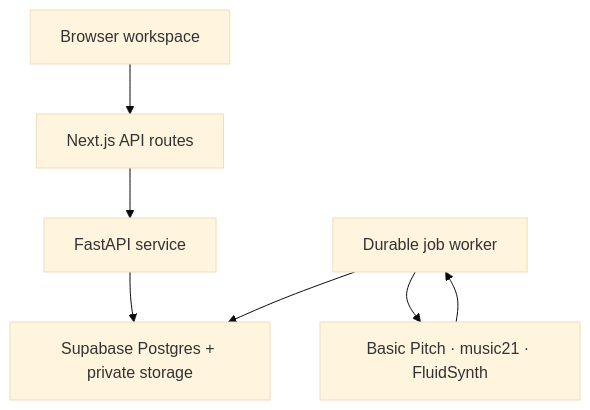
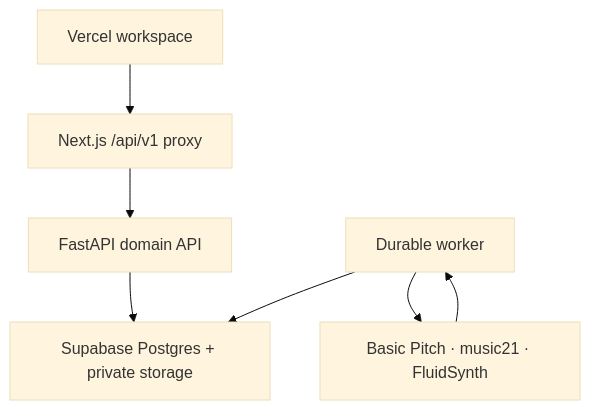
Before and after one commit to ListenCloser/listencloser: the diagram in docs/ARCHITECTURE.md, drawn with Mermaid (base theme). The commit also changed other lines of this file and 106 other files, not shown here.

````diff
--- a/docs/ARCHITECTURE.md
+++ b/docs/ARCHITECTURE.md
@@ -23,9 +24,9 @@
 ```mermaid
 flowchart TD
-    Browser["Browser workspace"] --> Vercel["Next.js API routes"]
-    Vercel --> API["FastAPI service"]
-    API --> Supabase["Supabase Postgres + private storage"]
-    Worker["Durable job worker"] --> Supabase
+    Browser["Vercel workspace"] --> Proxy["Next.js /api/v1 proxy"]
+    Proxy --> API["FastAPI domain API"]
+    API --> Store["Supabase Postgres + private storage"]
+    Worker["Durable worker"] --> Store
     Worker --> Engines["Basic Pitch · music21 · FluidSynth"]
     Engines --> Worker
 ```
````
